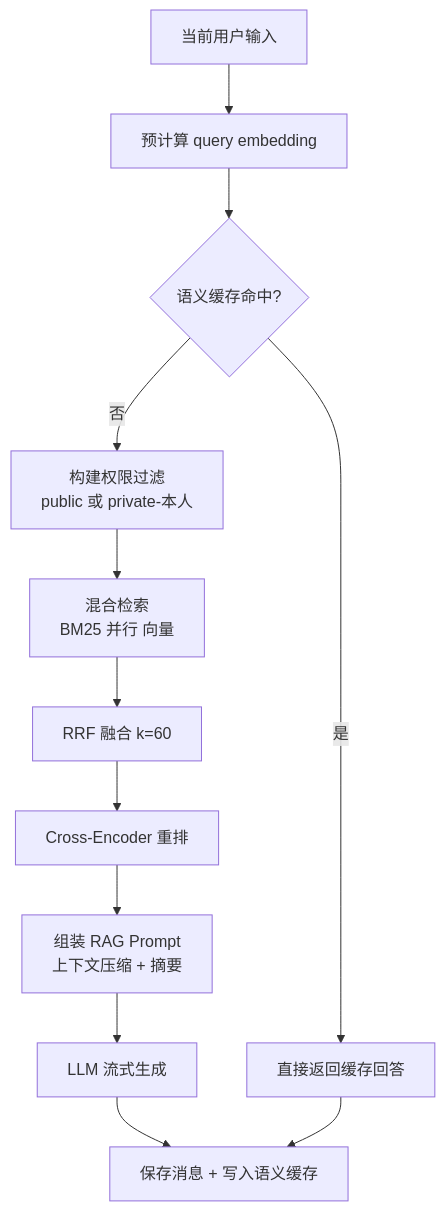
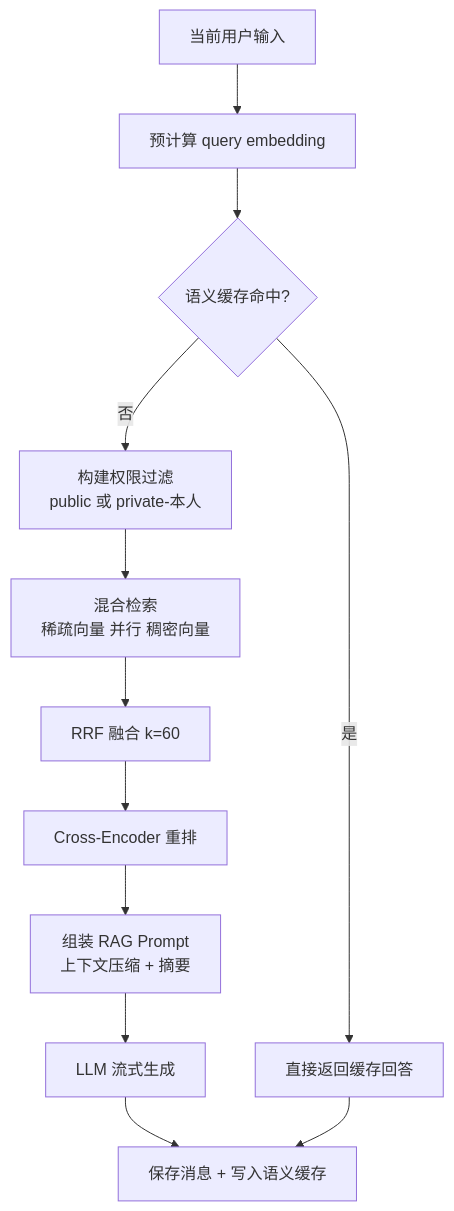
Before and after one commit to zzdcoder/lingxi-agent-new: the second of 7 diagrams in docs/lingxi_agent_langgraph_redesign.md, drawn with Mermaid. The commit also changed other lines of this file and 11 other files, not shown here.

````diff
--- a/docs/lingxi_agent_langgraph_redesign.md
+++ b/docs/lingxi_agent_langgraph_redesign.md
@@ -482,14 +481,14 @@
 ```mermaid
 flowchart TD
     A[当前用户输入] --> B[预计算 query embedding]
     B --> C{语义缓存命中?}
     C -->|是| D[直接返回缓存回答]
     C -->|否| E[构建权限过滤<br/>public 或 private-本人]
-    E --> F[混合检索<br/>BM25 并行 向量]
+    E --> F[混合检索<br/>稀疏向量 并行 稠密向量]
     F --> G[RRF 融合 k=60]
     G --> H[Cross-Encoder 重排]
     H --> I[组装 RAG Prompt<br/>上下文压缩 + 摘要]
     I --> J[LLM 流式生成]
     J --> K[保存消息 + 写入语义缓存]
     D --> K
 ```
````
